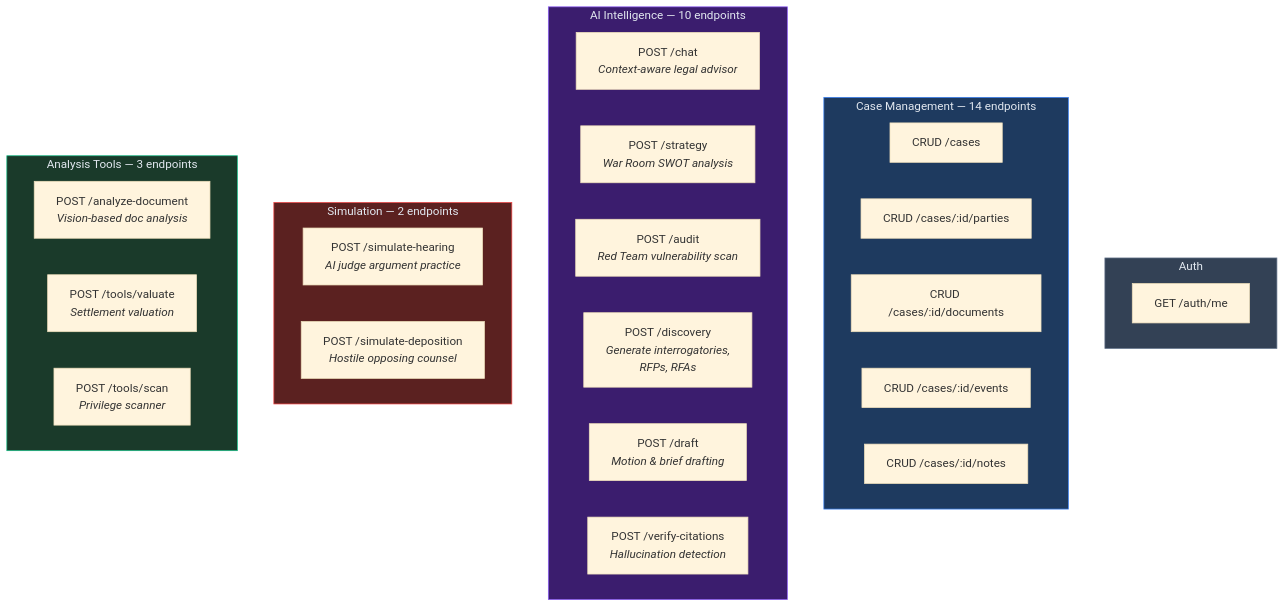
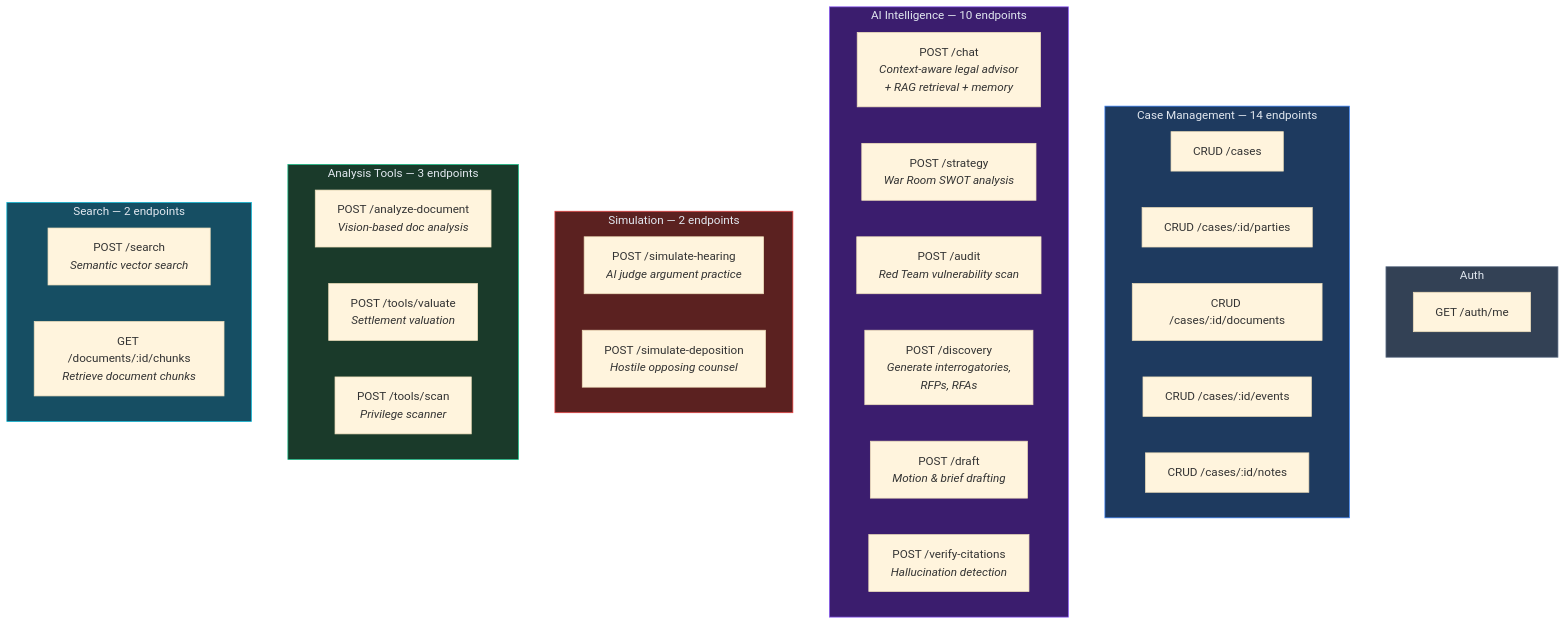
One commit to EolaFam1828/AetherLegalIntelligence changed the seventh of 11 diagrams in ARCHITECTURE.md. Above: the diagram before and after it, drawn with Mermaid (base theme). The commit also changed other lines of this file and 15 other files, not shown here.

````diff
--- a/ARCHITECTURE.md
+++ b/ARCHITECTURE.md
@@ -218,40 +335,46 @@
 ```mermaid
 flowchart TB
     subgraph AUTH["Auth"]
         A1["GET /auth/me"]
     end
 
     subgraph CASE_MGMT["Case Management — 14 endpoints"]
         C1["CRUD /cases"]
         C2["CRUD /cases/:id/parties"]
         C3["CRUD /cases/:id/documents"]
         C4["CRUD /cases/:id/events"]
         C5["CRUD /cases/:id/notes"]
     end
 
     subgraph AI_INTEL["AI Intelligence — 10 endpoints"]
-        I1["POST /chat<br/><i>Context-aware legal advisor</i>"]
+        I1["POST /chat<br/><i>Context-aware legal advisor<br/>+ RAG retrieval + memory</i>"]
         I2["POST /strategy<br/><i>War Room SWOT analysis</i>"]
         I3["POST /audit<br/><i>Red Team vulnerability scan</i>"]
         I4["POST /discovery<br/><i>Generate interrogatories,<br/>RFPs, RFAs</i>"]
         I5["POST /draft<br/><i>Motion & brief drafting</i>"]
         I6["POST /verify-citations<br/><i>Hallucination detection</i>"]
     end
 
     subgraph SIMULATION["Simulation — 2 endpoints"]
         S1["POST /simulate-hearing<br/><i>AI judge argument practice</i>"]
         S2["POST /simulate-deposition<br/><i>Hostile opposing counsel</i>"]
     end
 
     subgraph TOOLS["Analysis Tools — 3 endpoints"]
         T1["POST /analyze-document<br/><i>Vision-based doc analysis</i>"]
         T2["POST /tools/valuate<br/><i>Settlement valuation</i>"]
         T3["POST /tools/scan<br/><i>Privilege scanner</i>"]
     end
 
+    subgraph SEARCH["Search — 2 endpoints"]
+        SE1["POST /search<br/><i>Semantic vector search</i>"]
+        SE2["GET /documents/:id/chunks<br/><i>Retrieve document chunks</i>"]
+    end
+
     style AUTH fill:#334155,stroke:#64748b,color:#e2e8f0
     style CASE_MGMT fill:#1e3a5f,stroke:#3b82f6,color:#e2e8f0
     style AI_INTEL fill:#3b1d6e,stroke:#8b5cf6,color:#e2e8f0
     style SIMULATION fill:#5b2120,stroke:#ef4444,color:#e2e8f0
     style TOOLS fill:#1a3a2a,stroke:#10b981,color:#e2e8f0
+    style SEARCH fill:#164e63,stroke:#06b6d4,color:#e2e8f0
 ```
````
